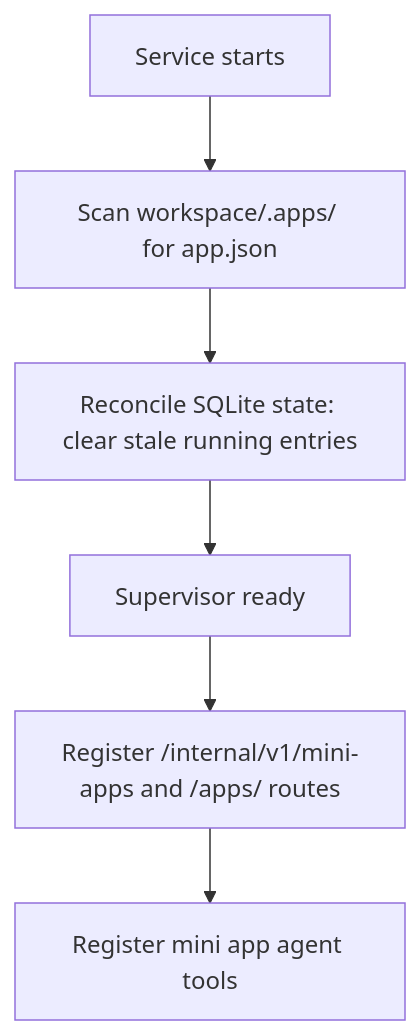
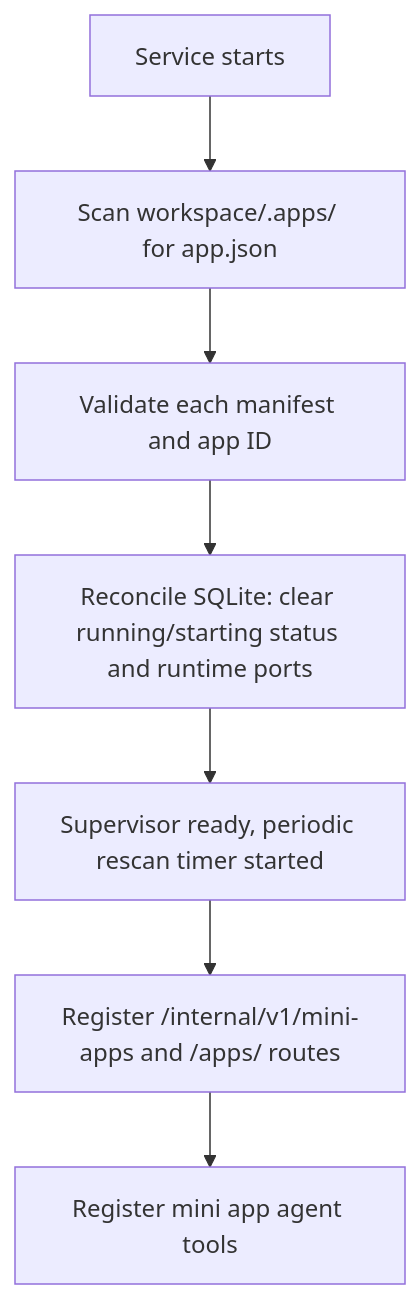
One commit to Saluana/or3-intern changed the first of 3 diagrams in planning/mini-apps/design.md. Above: the diagram before and after it, drawn with Mermaid. The commit also changed other lines of this file and 2 other files, not shown here.

First line of the commit message:
feat(mini-apps): enhance configuration and schema for mini apps

````diff
--- a/planning/mini-apps/design.md
+++ b/planning/mini-apps/design.md
@@ -59,8 +154,9 @@
 ```mermaid
 flowchart TD
     Start[Service starts] --> Scan[Scan workspace/.apps/ for app.json]
-    Scan --> Reconcile[Reconcile SQLite state: clear stale running entries]
-    Reconcile --> Ready[Supervisor ready]
+    Scan --> Validate[Validate each manifest and app ID]
+    Validate --> Reconcile[Reconcile SQLite: clear running/starting status and runtime ports]
+    Reconcile --> Ready[Supervisor ready, periodic rescan timer started]
     Ready --> Routes[Register /internal/v1/mini-apps and /apps/ routes]
     Routes --> Tools[Register mini app agent tools]
 ```
````
